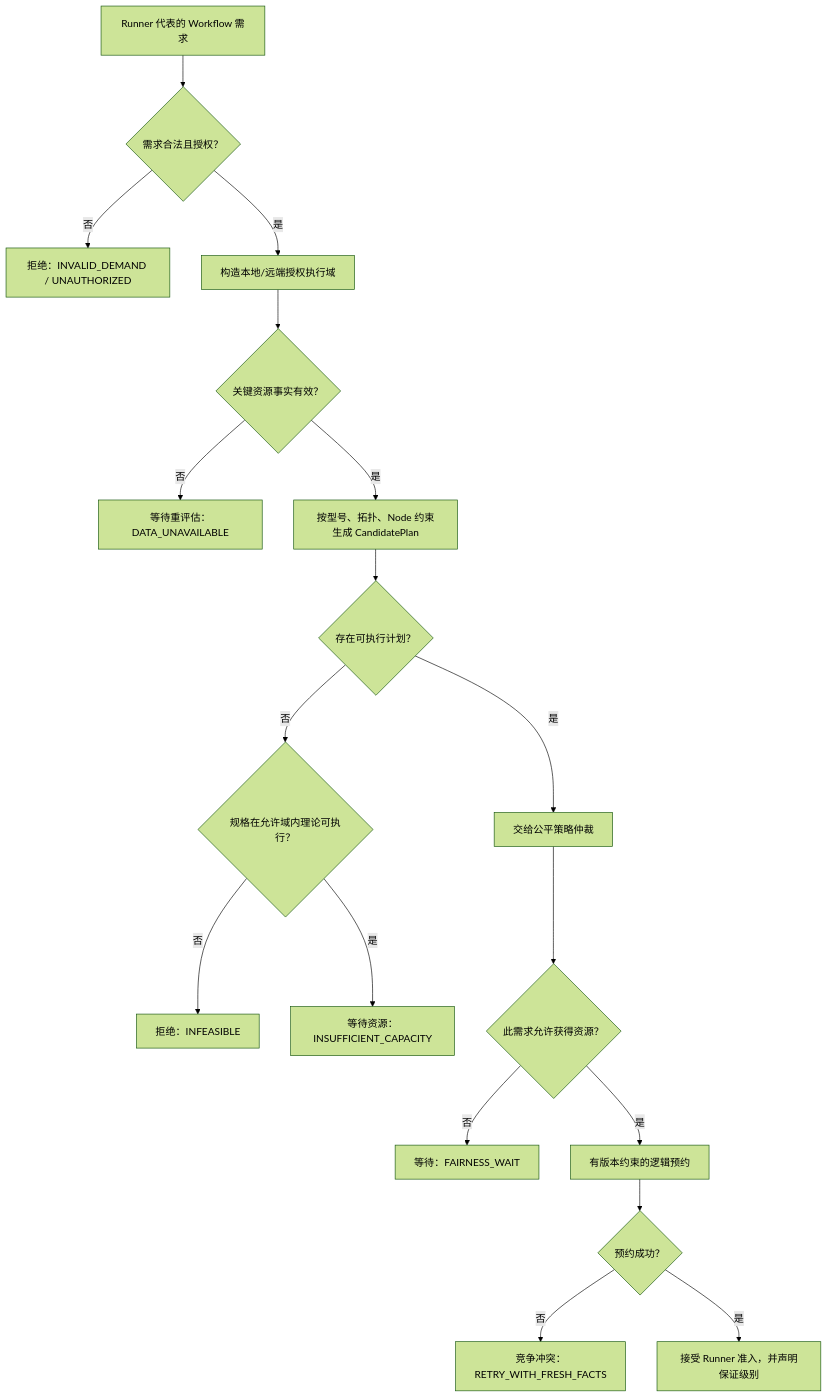
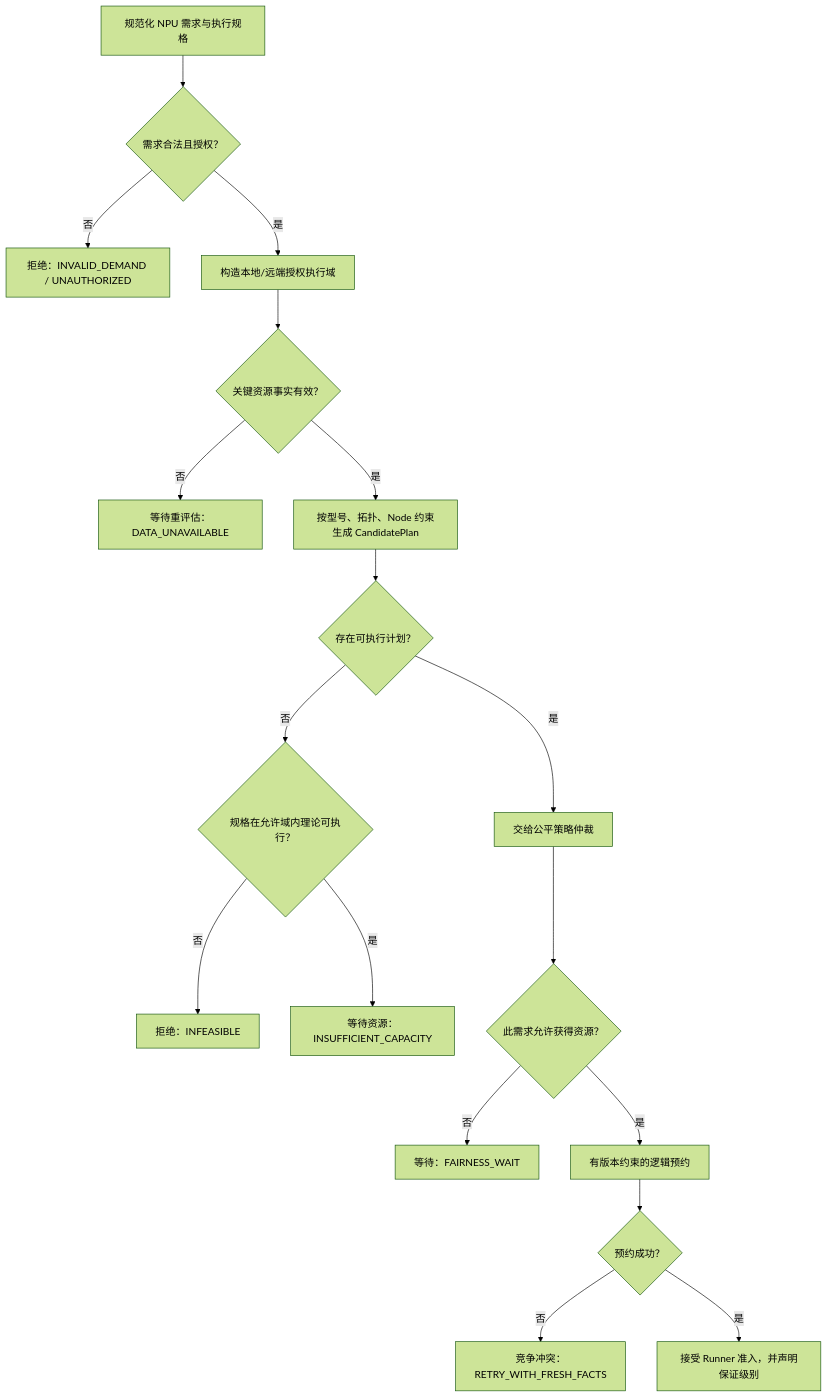
The second of 9 diagrams in docs/system-design.md (ascend-gha-runners/scheduler-plugins), drawn with Mermaid (forest theme) before and after one commit. The commit also changed other lines of this file, not shown here.

```diff
--- a/docs/system-design.md
+++ b/docs/system-design.md
@@ -231,20 +235,20 @@
 ~~~mermaid
 flowchart TD
-  A["Runner 代表的 Workflow 需求"] --> B{"需求合法且授权？"}
+  A["规范化 NPU 需求与执行规格"] --> B{"需求合法且授权？"}
   B -- 否 --> E1["拒绝：INVALID_DEMAND / UNAUTHORIZED"]
   B -- 是 --> C["构造本地/远端授权执行域"]
   C --> D{"关键资源事实有效？"}
   D -- 否 --> E2["等待重评估：DATA_UNAVAILABLE"]
   D -- 是 --> F["按型号、拓扑、Node 约束生成 CandidatePlan"]
   F --> G{"存在可执行计划？"}
   G -- 否 --> H{"规格在允许域内理论可执行？"}
   H -- 否 --> E3["拒绝：INFEASIBLE"]
   H -- 是 --> E4["等待资源：INSUFFICIENT_CAPACITY"]
   G -- 是 --> I["交给公平策略仲裁"]
   I --> J{"此需求允许获得资源？"}
   J -- 否 --> E5["等待：FAIRNESS_WAIT"]
   J -- 是 --> K["有版本约束的逻辑预约"]
   K --> L{"预约成功？"}
   L -- 否 --> E6["竞争冲突：RETRY_WITH_FRESH_FACTS"]
   L -- 是 --> M["接受 Runner 准入，并声明保证级别"]
 ~~~
```
